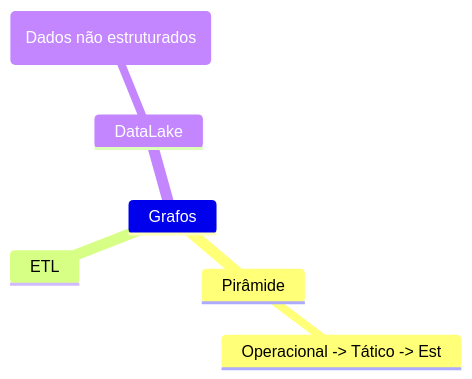
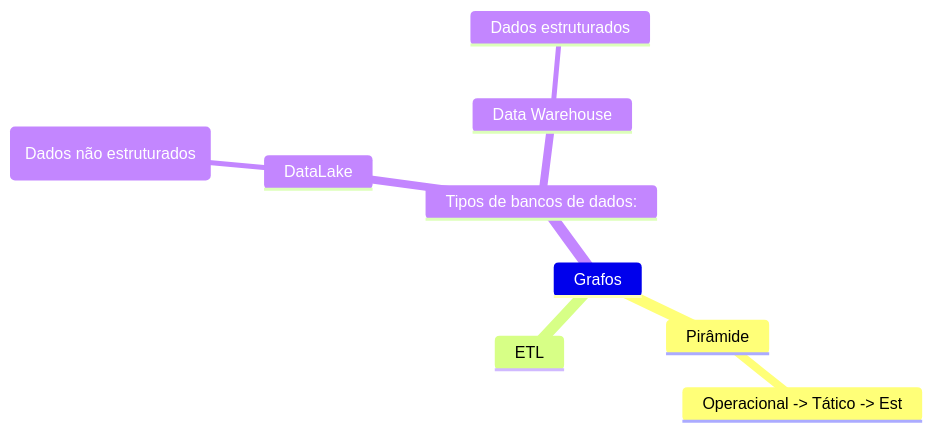
Before and after one commit to Igorino/joplin-notes: the diagram in Mestrado/Segundo Semestre/SIN5033 - Grafos de conhecimento e Ontologias/Anotações/De Aulas/Aula do dia 2026 04 08.md, drawn with Mermaid.

Commit message:
Exported on 2026-04-08_15-04-51

````diff
--- a/Mestrado/Segundo Semestre/SIN5033 - Grafos de conhecimento e Ontologias/Anotações/De Aulas/Aula do dia 2026 04 08.md
+++ b/Mestrado/Segundo Semestre/SIN5033 - Grafos de conhecimento e Ontologias/Anotações/De Aulas/Aula do dia 2026 04 08.md
@@ -1,9 +1,12 @@
 ```mermaid
 mindmap
 	Grafos
 		Pirâmide
 			Operacional -> Tático -> Est
 		ETL
-		DataLake
-			A(Dados não estruturados)
+		Tipos de bancos de dados:		
+			DataLake
+				A(Dados não estruturados)
+			Data Warehouse
+				Dados estruturados
 ```
````
